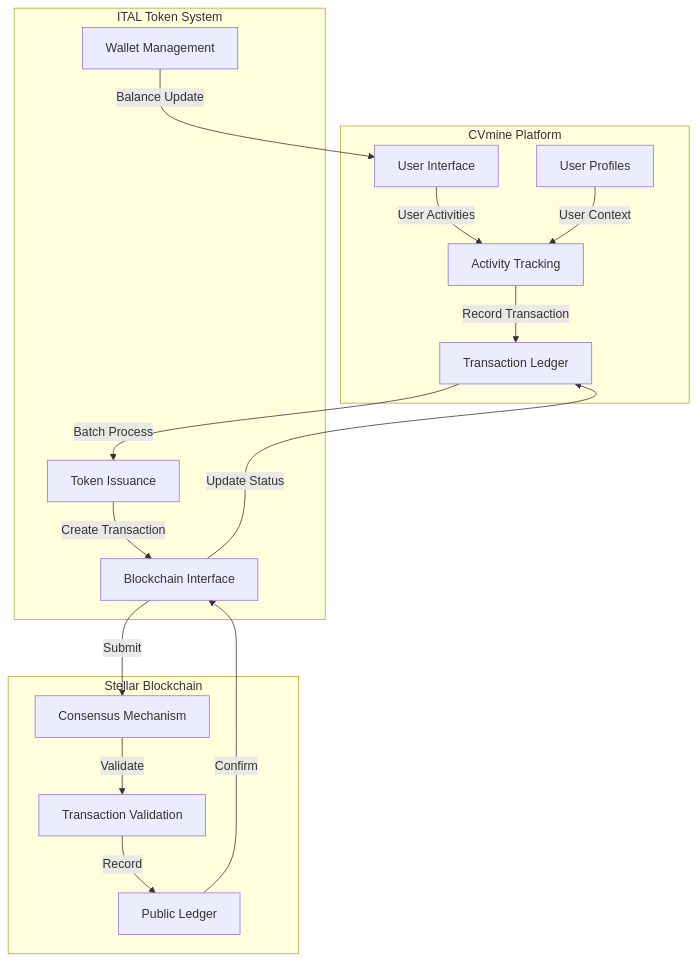
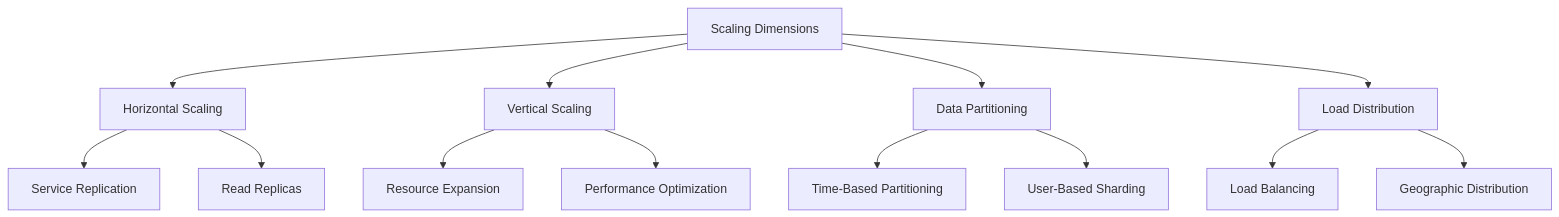
Diagram 23 of 25 in whitepaper.md (karthikhosur/italtoken), drawn with Mermaid before and after one commit. The commit also changed other lines of this file, not shown here.

````diff
--- a/whitepaper.md
+++ b/whitepaper.md
@@ -606,33 +978,19 @@
 ```mermaid
 graph TD
-    subgraph "CVmine Platform"
-    A[User Interface]
-    B[Activity Tracking]
-    C[Transaction Ledger]
-    D[User Profiles]
-    end
+    A[Scaling Dimensions] --> B[Horizontal Scaling]
+    A --> C[Vertical Scaling]
+    A --> D[Data Partitioning]
+    A --> E[Load Distribution]
     
-    subgraph "ITAL Token System"
-    E[Token Issuance]
-    F[Wallet Management]
-    G[Blockchain Interface]
-    end
+    B --> F[Service Replication]
+    B --> G[Read Replicas]
     
-    subgraph "Stellar Blockchain"
-    H[Consensus Mechanism]
-    I[Public Ledger]
-    J[Transaction Validation]
-    end
+    C --> H[Resource Expansion]
+    C --> I[Performance Optimization]
     
-    A -->|User Activities| B
-    B -->|Record Transaction| C
-    C -->|Batch Process| E
-    E -->|Create Transaction| G
-    G -->|Submit| H
-    H -->|Validate| J
-    J -->|Record| I
-    I -->|Confirm| G
-    G -->|Update Status| C
-    F -->|Balance Update| A
-    D -->|User Context| B
+    D --> J[Time-Based Partitioning]
+    D --> K[User-Based Sharding]
+    
+    E --> L[Load Balancing]
+    E --> M[Geographic Distribution]
 ```
````
